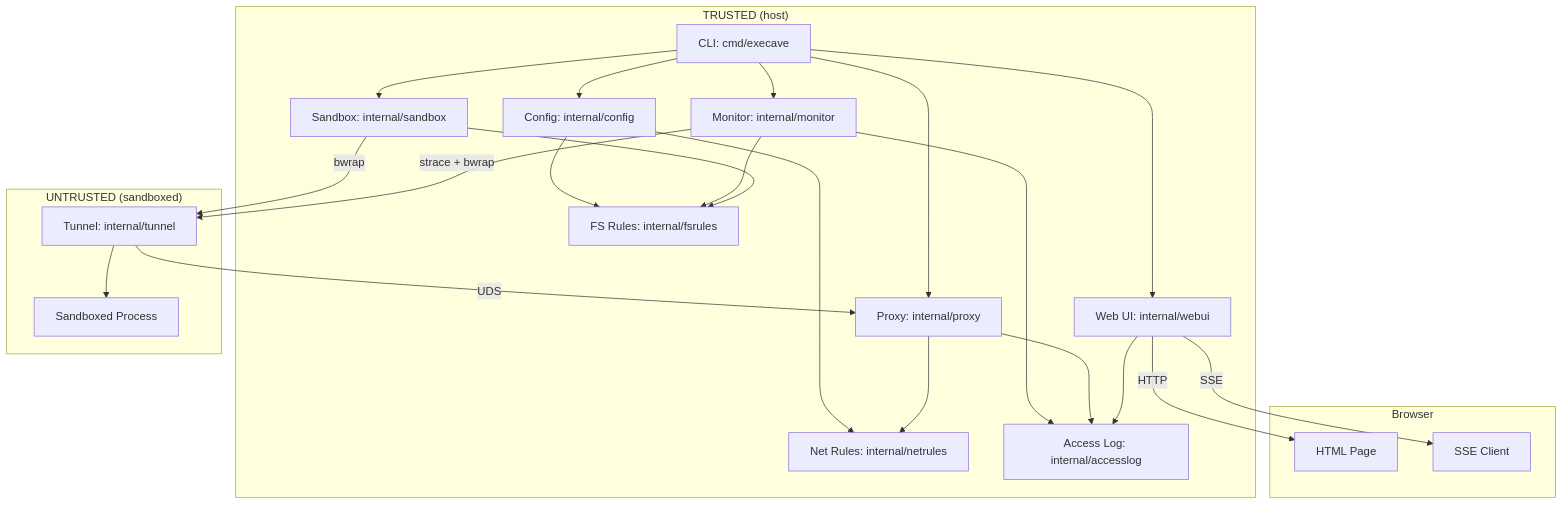
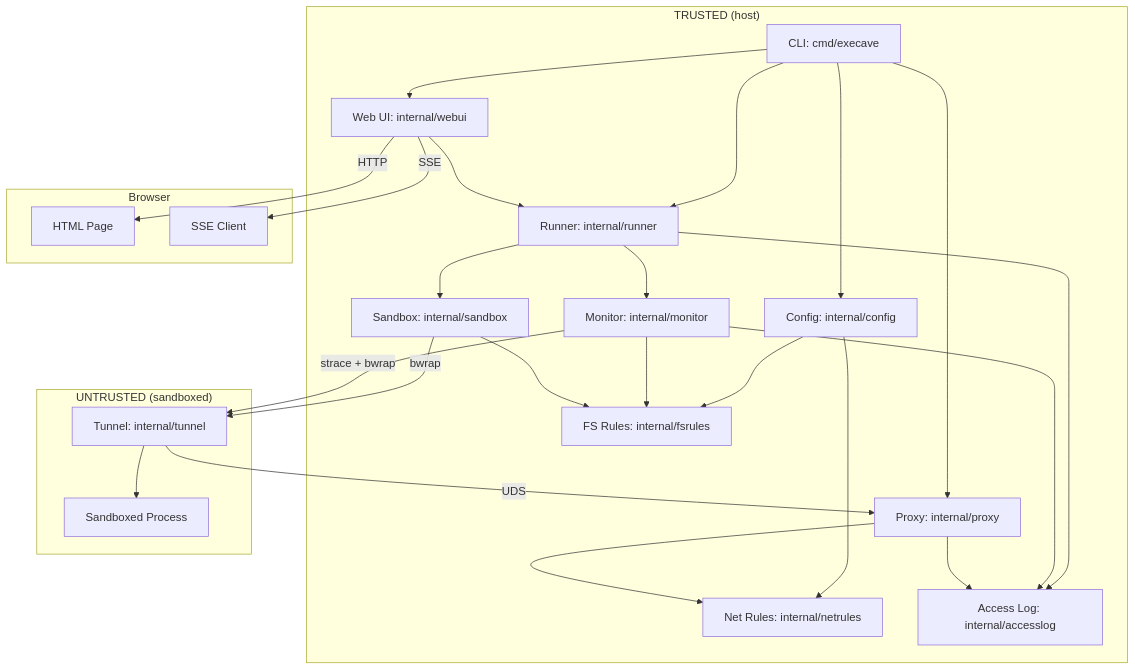
One commit to nonpop/execave changed the diagram in docs/architecture.md. Above: the diagram before and after it, drawn with Mermaid. The commit also changed other lines of this file and 28 other files, not shown here.

````diff
--- a/docs/architecture.md
+++ b/docs/architecture.md
@@ -5,44 +5,47 @@
 ```mermaid
 flowchart TB
     subgraph Trusted["TRUSTED (host)"]
         CLI[CLI: cmd/execave]
         Config[Config: internal/config]
         FSRules[FS Rules: internal/fsrules]
         NetRules[Net Rules: internal/netrules]
         AccessLog[Access Log: internal/accesslog]
+        Runner[Runner: internal/runner]
         Sandbox[Sandbox: internal/sandbox]
         Monitor[Monitor: internal/monitor]
         Proxy[Proxy: internal/proxy]
         WebUI[Web UI: internal/webui]
     end
 
     subgraph Untrusted["UNTRUSTED (sandboxed)"]
         Tunnel[Tunnel: internal/tunnel]
         Process[Sandboxed Process]
     end
 
     subgraph Browser["Browser"]
         Page[HTML Page]
         SSE[SSE Client]
     end
 
     CLI --> Config
-    CLI --> Sandbox
-    CLI --> Monitor
+    CLI --> Runner
+    Runner --> Sandbox
+    Runner --> Monitor
+    Runner --> AccessLog
     CLI --> Proxy
     CLI --> WebUI
     Config --> FSRules
     Config --> NetRules
     Monitor --> FSRules
     Monitor --> AccessLog
     Proxy --> NetRules
     Proxy --> AccessLog
-    WebUI --> AccessLog
+    WebUI --> Runner
     Sandbox --> FSRules
     Sandbox -->|bwrap| Tunnel
     Tunnel --> Process
     Tunnel -->|UDS| Proxy
     Monitor -->|strace + bwrap| Tunnel
     WebUI -->|HTTP| Page
     WebUI -->|SSE| SSE
 ```
````
